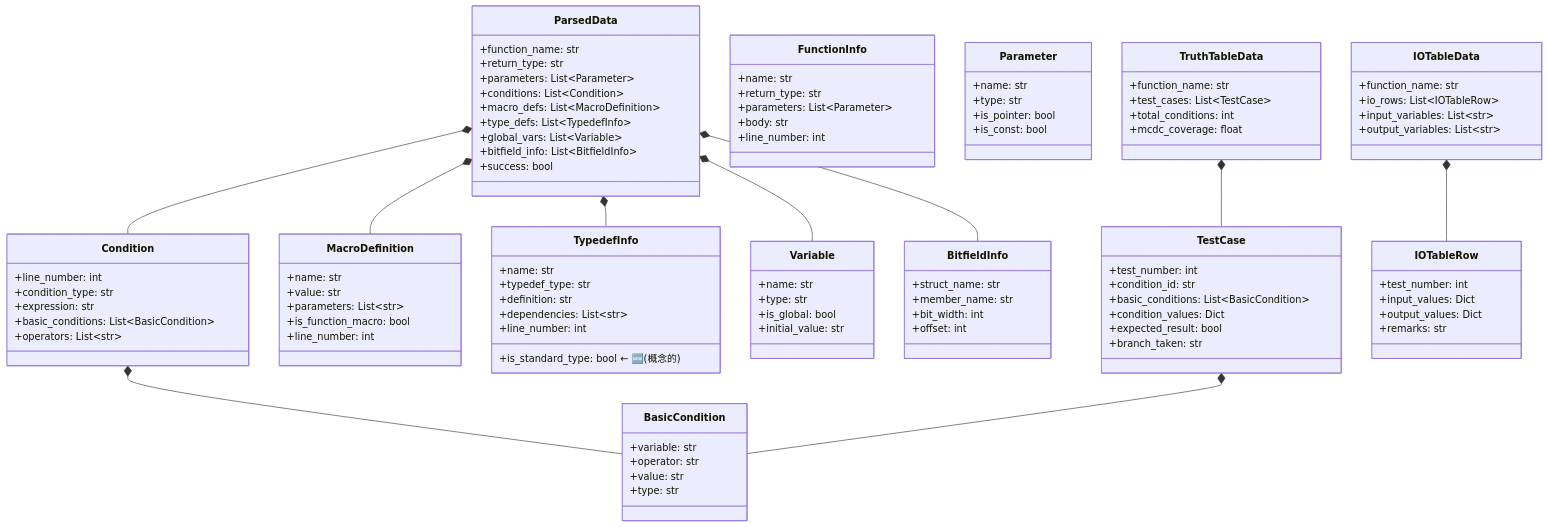
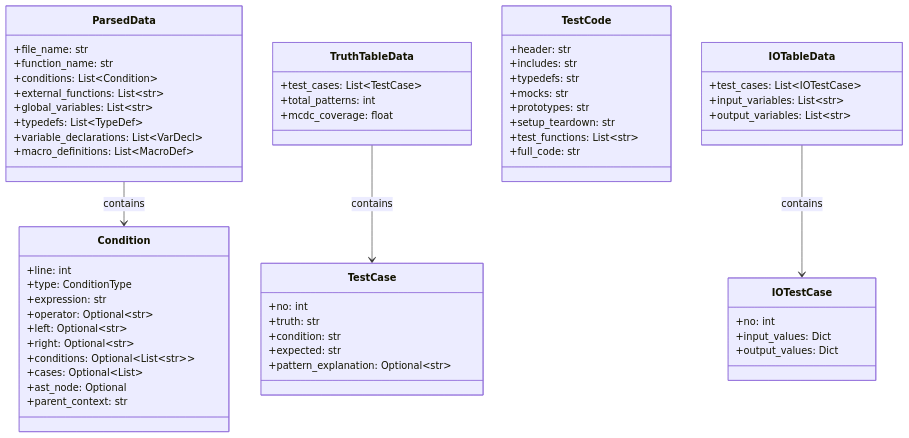
Before and after one commit to ryu5791/AutoUniTestGen: the fourth of 5 diagrams in doc/design_class_diagram.md, drawn with Mermaid. The commit also changed other lines of this file and 3 other files, not shown here.

````diff
--- a/doc/design_class_diagram.md
+++ b/doc/design_class_diagram.md
@@ -362,129 +356,67 @@
 ```mermaid
 classDiagram
-    %% 解析結果データ
     class ParsedData {
+        +file_name: str
         +function_name: str
-        +return_type: str
-        +parameters: List~Parameter~
         +conditions: List~Condition~
-        +macro_defs: List~MacroDefinition~
-        +type_defs: List~TypedefInfo~
-        +global_vars: List~Variable~
-        +bitfield_info: List~BitfieldInfo~
-        +success: bool
+        +external_functions: List~str~
+        +global_variables: List~str~
+        +typedefs: List~TypeDef~
+        +variable_declarations: List~VarDecl~
+        +macro_definitions: List~MacroDef~
     }
 
-    %% 条件情報
     class Condition {
-        +line_number: int
-        +condition_type: str
+        +line: int
+        +type: ConditionType
         +expression: str
-        +basic_conditions: List~BasicCondition~
-        +operators: List~str~
+        +operator: Optional~str~
+        +left: Optional~str~
+        +right: Optional~str~
+        +conditions: Optional~List~str~~
+        +cases: Optional~List~
+        +ast_node: Optional
+        +parent_context: str
     }
 
-    %% 基本条件
-    class BasicCondition {
-        +variable: str
-        +operator: str
-        +value: str
-        +type: str
-    }
-
-    %% マクロ定義
-    class MacroDefinition {
-        +name: str
-        +value: str
-        +parameters: List~str~
-        +is_function_macro: bool
-        +line_number: int
-    }
-
-    %% 型定義情報 (v2.4.4更新)
-    class TypedefInfo {
-        +name: str
-        +typedef_type: str
-        +definition: str
-        +dependencies: List~str~
-        +line_number: int
-        +is_standard_type: bool ← 🆕 (概念的)
-    }
-
-    %% 関数情報
-    class FunctionInfo {
-        +name: str
-        +return_type: str
-        +parameters: List~Parameter~
-        +body: str
-        +line_number: int
-    }
-
-    %% パラメータ
-    class Parameter {
-        +name: str
-        +type: str
-        +is_pointer: bool
-        +is_const: bool
-    }
-
-    %% 変数情報
-    class Variable {
-        +name: str
-        +type: str
-        +is_global: bool
-        +initial_value: str
-    }
-
-    %% ビットフィールド情報
-    class BitfieldInfo {
-        +struct_name: str
-        +member_name: str
-        +bit_width: int
-        +offset: int
-    }
-
-    %% 真偽表データ
     class TruthTableData {
-        +function_name: str
         +test_cases: List~TestCase~
-        +total_conditions: int
+        +total_patterns: int
         +mcdc_coverage: float
     }
 
-    %% テストケース
     class TestCase {
-        +test_number: int
-        +condition_id: str
-        +basic_conditions: List~BasicCondition~
-        +condition_values: Dict
-        +expected_result: bool
-        +branch_taken: str
+        +no: int
+        +truth: str
+        +condition: str
+        +expected: str
+        +pattern_explanation: Optional~str~
     }
 
-    %% I/O表データ
+    class TestCode {
+        +header: str
+        +includes: str
+        +typedefs: str
+        +mocks: str
+        +prototypes: str
+        +setup_teardown: str
+        +test_functions: List~str~
+        +full_code: str
+    }
+
     class IOTableData {
-        +function_name: str
-        +io_rows: List~IOTableRow~
+        +test_cases: List~IOTestCase~
         +input_variables: List~str~
         +output_variables: List~str~
     }
 
-    %% I/O表行
-    class IOTableRow {
-        +test_number: int
+    class IOTestCase {
+        +no: int
         +input_values: Dict
         +output_values: Dict
-        +remarks: str
     }
 
-    %% 関係性
-    ParsedData *-- Condition
-    ParsedData *-- MacroDefinition
-    ParsedData *-- TypedefInfo
-    ParsedData *-- Variable
-    ParsedData *-- BitfieldInfo
-    Condition *-- BasicCondition
-    TruthTableData *-- TestCase
-    TestCase *-- BasicCondition
-    IOTableData *-- IOTableRow
+    ParsedData --> Condition : contains
+    TruthTableData --> TestCase : contains
+    IOTableData --> IOTestCase : contains
 ```
````
